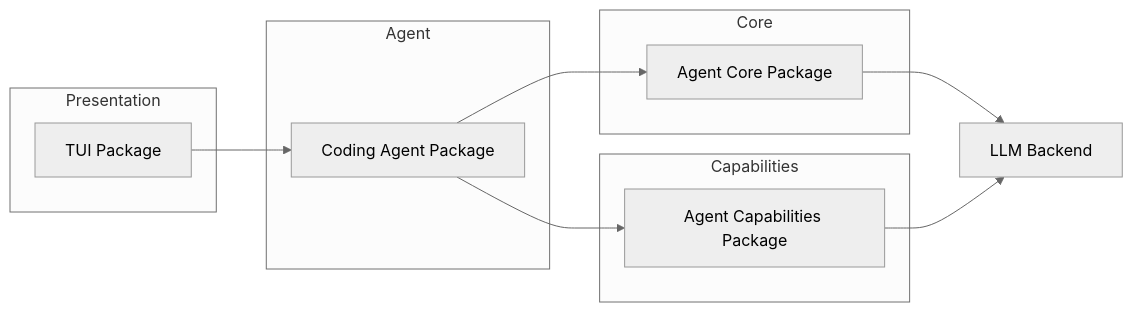
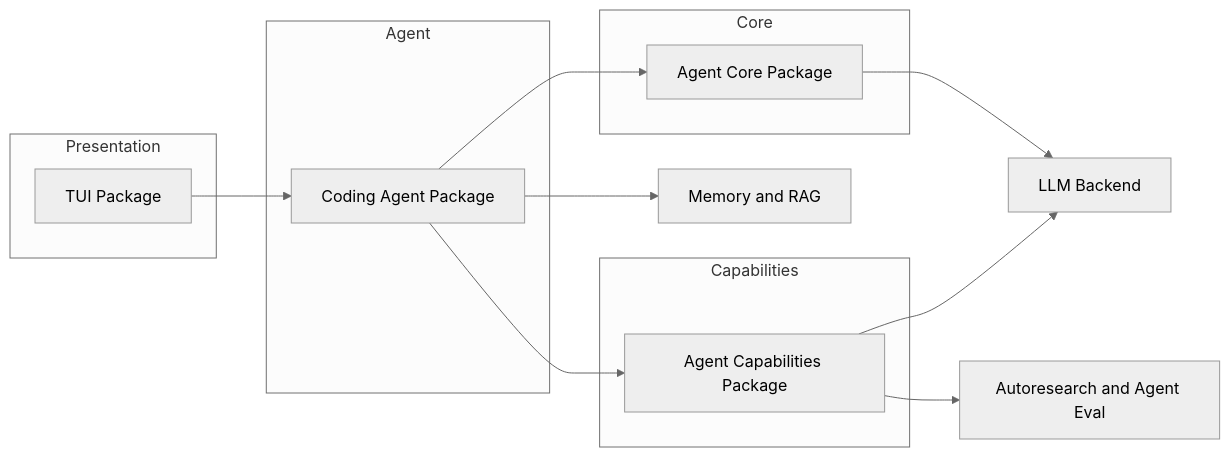
Before and after one commit to lseman/logician: the diagram in docs/architecture/overview.md, drawn with Mermaid (neutral theme). The commit also changed other lines of this file and 34 other files, not shown here.

First line of the commit message:
feat: comprehensive memory system improvement research and agent evaluation

````diff
--- a/docs/architecture/overview.md
+++ b/docs/architecture/overview.md
@@ -12,21 +12,25 @@
 ```mermaid
 graph LR
   subgraph "Presentation"
     A[TUI Package]
   end
   subgraph "Agent"
     B[Coding Agent Package]
   end
   subgraph "Core"
     C[Agent Core Package]
   end
   subgraph "Capabilities"
     D[Agent Capabilities Package]
   end
+	F[Memory and RAG]
+	G[Autoresearch and Agent Eval]
 
   A --> B
   B --> C
   B --> D
+	B --> F
+	D --> G
   C --> E[LLM Backend]
   D --> E
 ```
````
